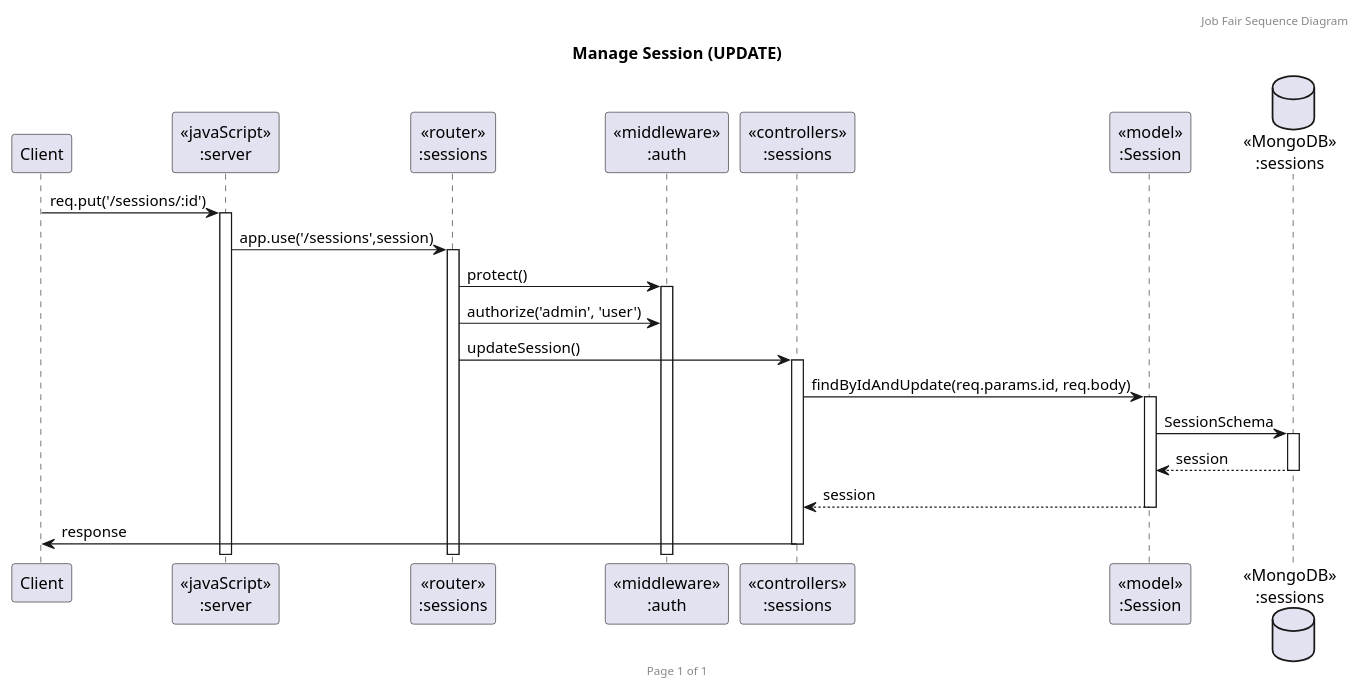
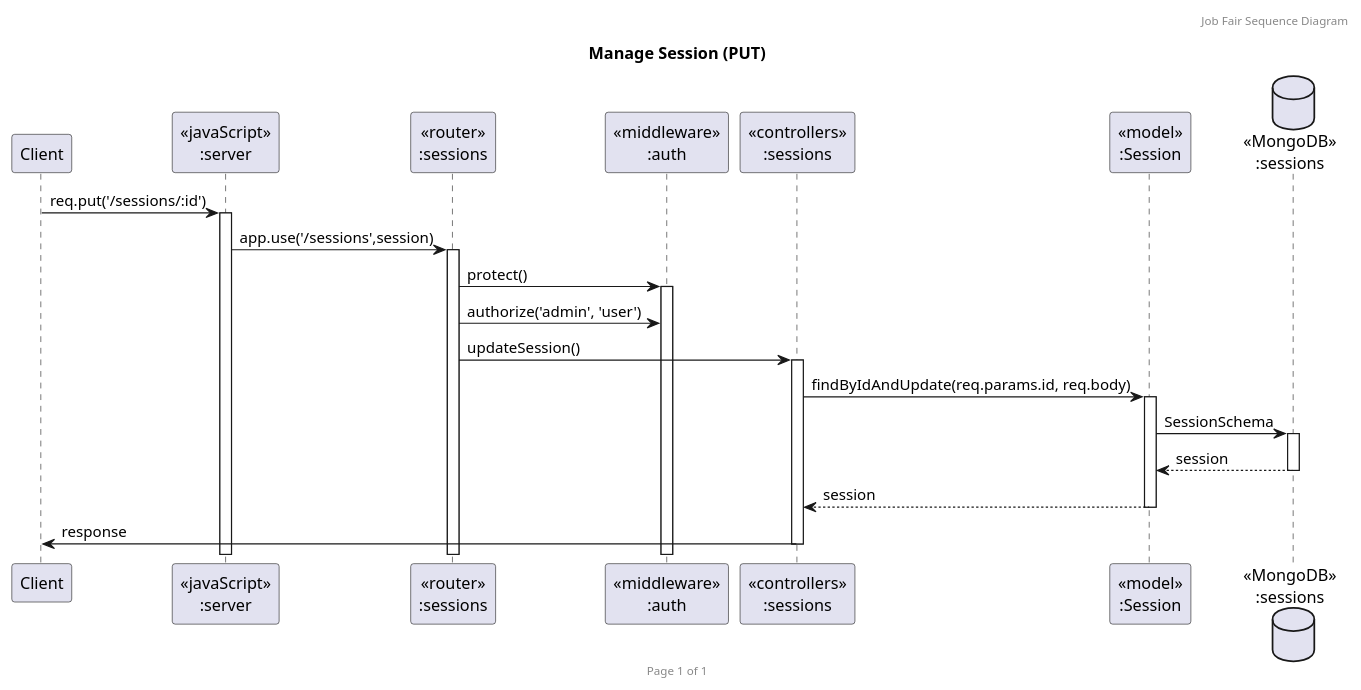
The diagram in UML/Sequence/Session/updateSession.puml (2110503TACEDT66/presentation-day-1-mu-hung-un-tun-tom-nueng), drawn with PlantUML before and after one commit. The commit also changed 2 other files, not shown here.

Commit message:
Edit Sequence Diagram

```diff
--- a/UML/Sequence/Session/updateSession.puml
+++ b/UML/Sequence/Session/updateSession.puml
@@ -1,26 +1,26 @@
-@startuml Manage Session (UPDATE)
+@startuml Manage Session (PUT)
 
 header Job Fair Sequence Diagram
 footer Page %page% of %lastpage%
-title "Manage Session (UPDATE)"
+title "Manage Session (PUT)"
 
 participant "Client" as client
 participant "<<javaScript>>\n:server" as server
 participant "<<router>>\n:sessions" as routerSession
 participant "<<middleware>>\n:auth" as authMiddleware
 participant "<<controllers>>\n:sessions" as controllersSession
 participant "<<model>>\n:Session" as modelSession
 database "<<MongoDB>>\n:sessions" as SessionDatabase
 
 client->server ++:req.put('/sessions/:id')
 server->routerSession ++:app.use('/sessions',session)
 routerSession -> authMiddleware ++:protect()
 routerSession -> authMiddleware :authorize('admin', 'user')
 routerSession -> controllersSession ++:updateSession()
 controllersSession->modelSession ++:findByIdAndUpdate(req.params.id, req.body)
 modelSession ->SessionDatabase ++: SessionSchema
 SessionDatabase --> modelSession --: session
 controllersSession <-- modelSession --:session
 controllersSession->client --:response
 
 @enduml
```
